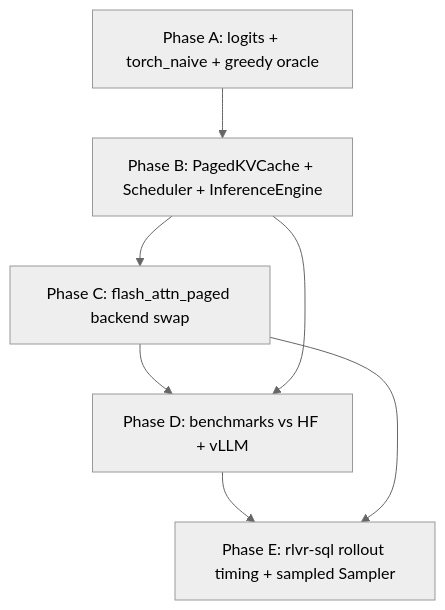
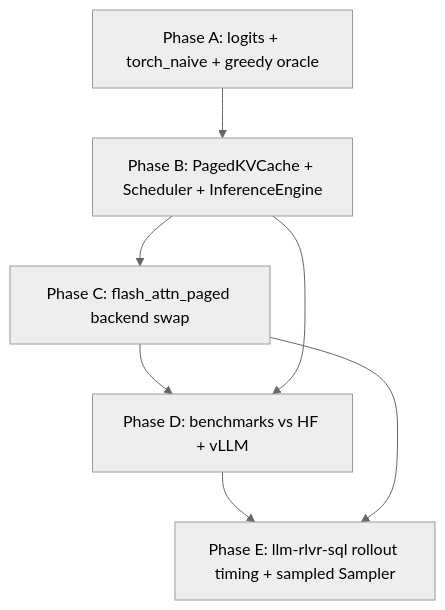
Before and after one commit to adamthuvesen/llm-infer: the fourth of 4 diagrams in docs/architecture.md, drawn with Mermaid (neutral theme). The commit also changed other lines of this file and 15 other files, not shown here.

First line of the commit message:
chore: rename rlvr-sql sibling repo refs to llm-rlvr-sql

````diff
--- a/docs/architecture.md
+++ b/docs/architecture.md
@@ -390,15 +390,15 @@
 ```mermaid
 flowchart TB
     PhaseA["Phase A: logits + torch_naive + greedy oracle"]
     PhaseB["Phase B: PagedKVCache + Scheduler + InferenceEngine"]
     PhaseC["Phase C: flash_attn_paged backend swap"]
     PhaseD["Phase D: benchmarks vs HF + vLLM"]
-    PhaseE["Phase E: rlvr-sql rollout timing + sampled Sampler"]
+    PhaseE["Phase E: llm-rlvr-sql rollout timing + sampled Sampler"]
 
     PhaseA --> PhaseB
     PhaseB --> PhaseC
     PhaseC --> PhaseD
     PhaseB --> PhaseD
     PhaseD --> PhaseE
     PhaseC --> PhaseE
 ```
````
